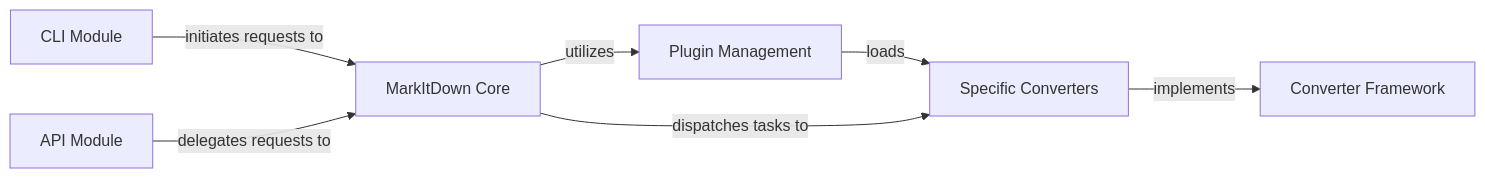
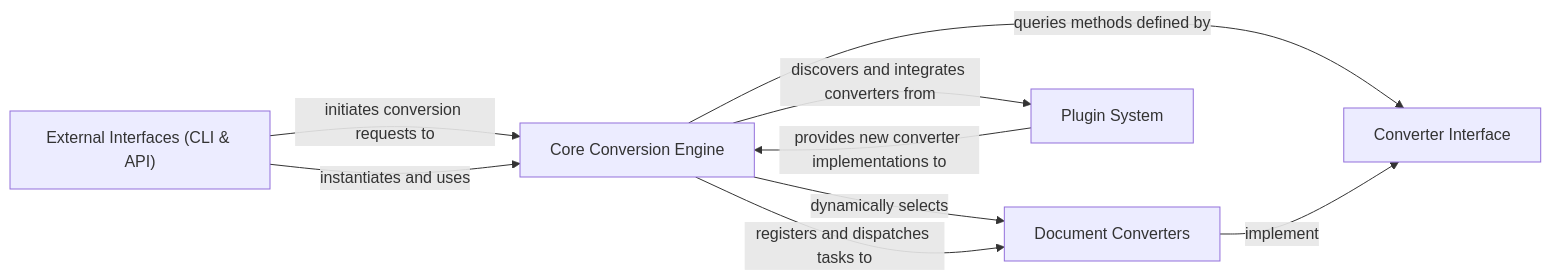
One commit to CodeBoarding/GeneratedOnBoardings changed the diagram in markitdown/on_boarding.md. Above: the diagram before and after it, drawn with Mermaid. The commit also changed other lines of this file and 4 other files, not shown here.

````diff
--- a/markitdown/on_boarding.md
+++ b/markitdown/on_boarding.md
@@ -1,15 +1,20 @@
 ```mermaid
 graph LR
-    MarkItDown_Core["MarkItDown Core"]
-    Converter_Framework["Converter Framework"]
-    Specific_Converters["Specific Converters"]
-    Plugin_Management["Plugin Management"]
-    CLI_Module["CLI Module"]
-    API_Module["API Module"]
-    CLI_Module -- "initiates requests to" --> MarkItDown_Core
-    API_Module -- "delegates requests to" --> MarkItDown_Core
-    MarkItDown_Core -- "utilizes" --> Plugin_Management
-    Plugin_Management -- "loads" --> Specific_Converters
-    MarkItDown_Core -- "dispatches tasks to" --> Specific_Converters
-    Specific_Converters -- "implements" --> Converter_Framework
+    Core_Conversion_Engine["Core Conversion Engine"]
+    Converter_Interface["Converter Interface"]
+    Document_Converters["Document Converters"]
+    External_Interfaces_CLI_API_["External Interfaces (CLI & API)"]
+    Plugin_System["Plugin System"]
+    External_Interfaces_CLI_API_ -- "initiates conversion requests to" --> Core_Conversion_Engine
+    External_Interfaces_CLI_API_ -- "instantiates and uses" --> Core_Conversion_Engine
+    Core_Conversion_Engine -- "dynamically selects" --> Document_Converters
+    Core_Conversion_Engine -- "queries methods defined by" --> Converter_Interface
+    Document_Converters -- "implement" --> Converter_Interface
+    Core_Conversion_Engine -- "registers and dispatches tasks to" --> Document_Converters
+    Core_Conversion_Engine -- "discovers and integrates converters from" --> Plugin_System
+    Plugin_System -- "provides new converter implementations to" --> Core_Conversion_Engine
+    click Core_Conversion_Engine href "https://github.com/CodeBoarding/GeneratedOnBoardings/blob/main/markitdown/Core_Conversion_Engine.md" "Details"
+    click Converter_Interface href "https://github.com/CodeBoarding/GeneratedOnBoardings/blob/main/markitdown/Converter_Interface.md" "Details"
+    click Document_Converters href "https://github.com/CodeBoarding/GeneratedOnBoardings/blob/main/markitdown/Document_Converters.md" "Details"
+    click Plugin_System href "https://github.com/CodeBoarding/GeneratedOnBoardings/blob/main/markitdown/Plugin_System.md" "Details"
 ```
````
